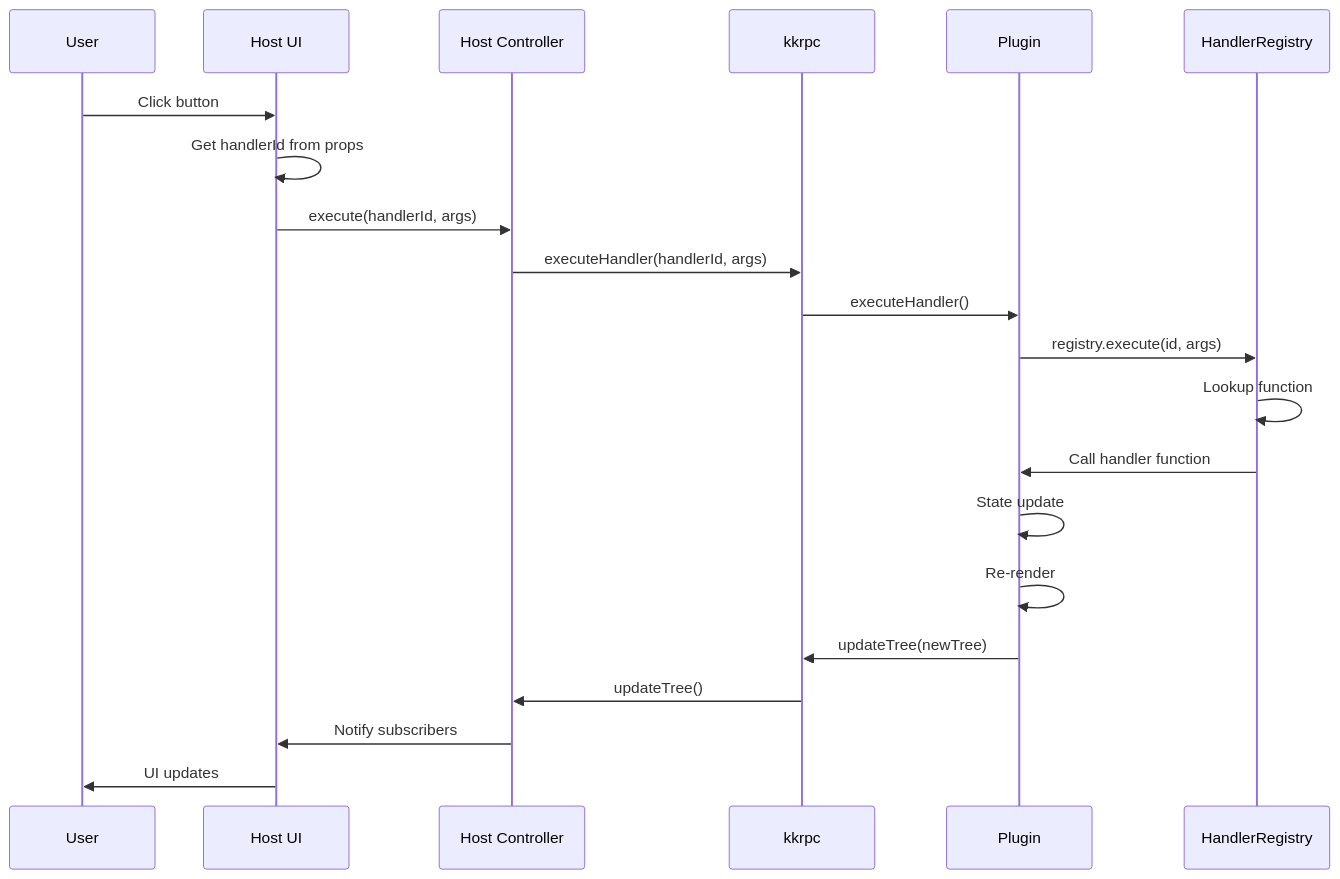
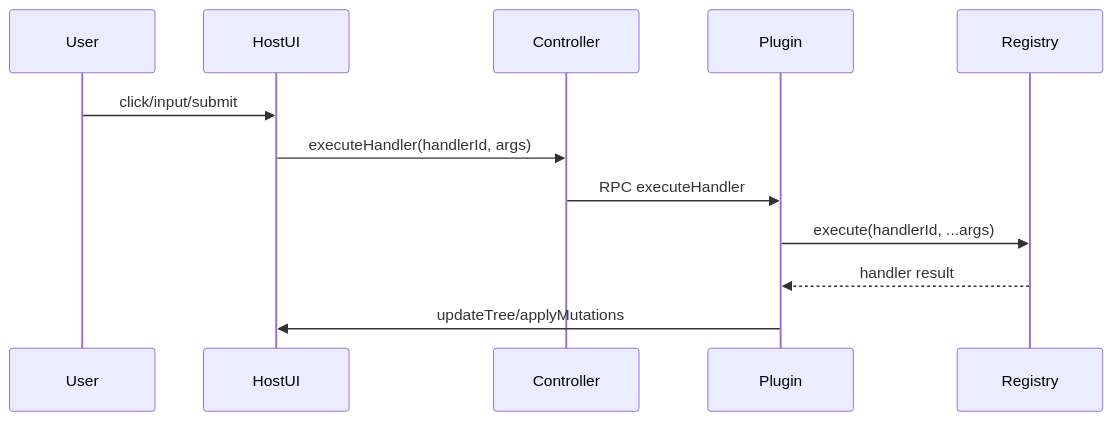
Before and after one commit to HuakunShen/uniview: the second of 2 diagrams in .repowiki/en/content/Architecture/Data Flow.md, drawn with Mermaid. The commit also changed other lines of this file and 31 other files, not shown here.

````diff
--- a/.repowiki/en/content/Architecture/Data Flow.md
+++ b/.repowiki/en/content/Architecture/Data Flow.md
@@ -88,24 +62,14 @@
 ```mermaid
 sequenceDiagram
-    participant U as User
-    participant H as Host UI
-    participant HC as Host Controller
-    participant RPC as kkrpc
-    participant P as Plugin
-    participant R as HandlerRegistry
-
-    U->>H: Click button
-    H->>H: Get handlerId from props
-    H->>HC: execute(handlerId, args)
-    HC->>RPC: executeHandler(handlerId, args)
-    RPC->>P: executeHandler()
-    P->>R: registry.execute(id, args)
-    R->>R: Lookup function
-    R->>P: Call handler function
-    P->>P: State update
-    P->>P: Re-render
-    P->>RPC: updateTree(newTree)
-    RPC->>HC: updateTree()
-    HC->>H: Notify subscribers
-    H->>U: UI updates
+    participant User
+    participant HostUI
+    participant Controller
+    participant Plugin
+    participant Registry
+    User->>HostUI: click/input/submit
+    HostUI->>Controller: executeHandler(handlerId, args)
+    Controller->>Plugin: RPC executeHandler
+    Plugin->>Registry: execute(handlerId, ...args)
+    Registry-->>Plugin: handler result
+    Plugin->>HostUI: updateTree/applyMutations
 ```
````
